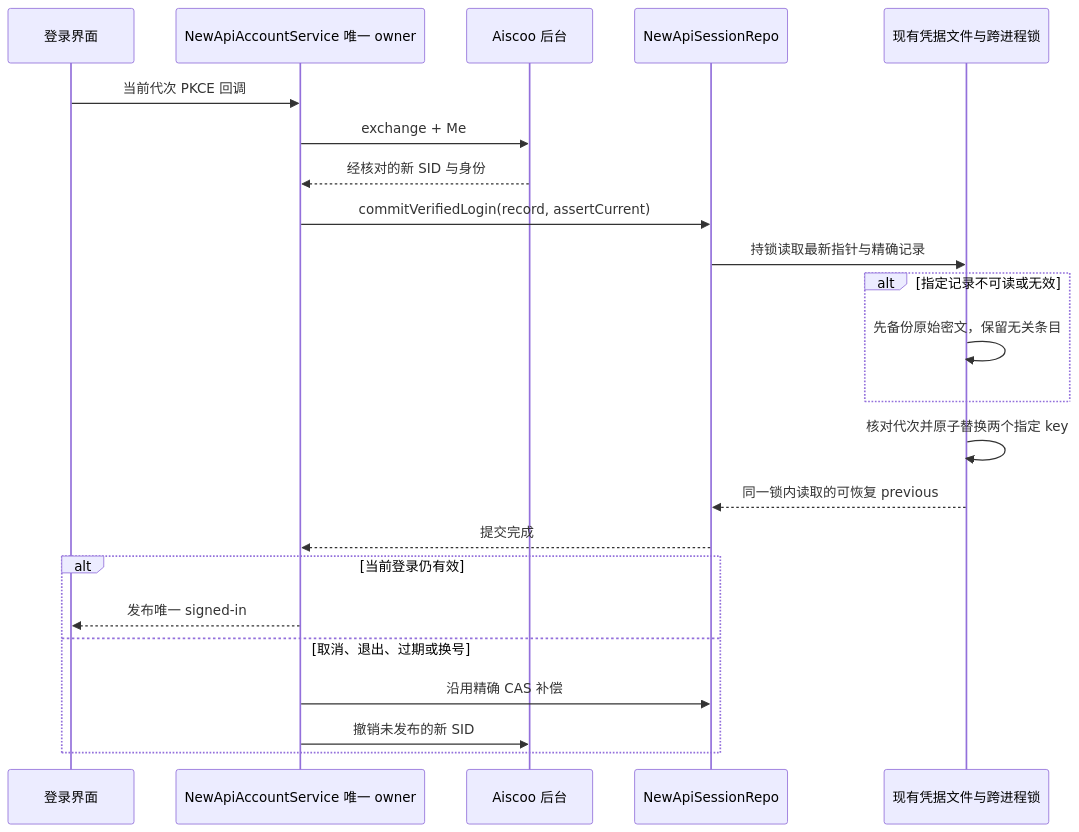
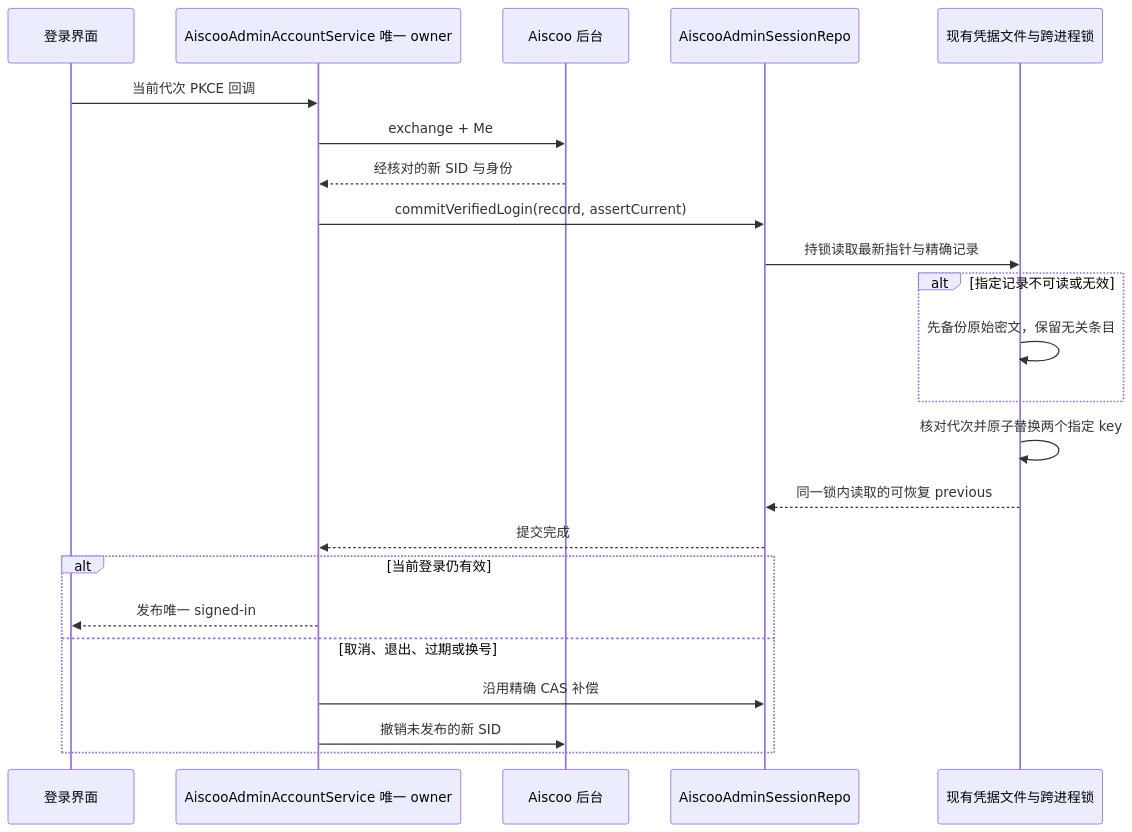
Before and after one commit to 978655242/aiscoo-resource: the second of 5 diagrams in docs/aiscoo/specs/aiscoo-only-login.md, drawn with Mermaid. The commit also changed other lines of this file and 289 other files, not shown here.

First line of the commit message:
refactor(aiscoo): rename New API to aiscoo-admin and drop stray CLI backups (#65)

````diff
--- a/docs/aiscoo/specs/aiscoo-only-login.md
+++ b/docs/aiscoo/specs/aiscoo-only-login.md
@@ -81,25 +81,25 @@
 ```mermaid
 sequenceDiagram
     participant U as 登录界面
-    participant A as NewApiAccountService 唯一 owner
+    participant A as AiscooAdminAccountService 唯一 owner
     participant N as Aiscoo 后台
-    participant R as NewApiSessionRepo
+    participant R as AiscooAdminSessionRepo
     participant F as 现有凭据文件与跨进程锁
     U->>A: 当前代次 PKCE 回调
     A->>N: exchange + Me
     N-->>A: 经核对的新 SID 与身份
     A->>R: commitVerifiedLogin(record, assertCurrent)
     R->>F: 持锁读取最新指针与精确记录
     alt 指定记录不可读或无效
         F->>F: 先备份原始密文，保留无关条目
     end
     F->>F: 核对代次并原子替换两个指定 key
     F-->>R: 同一锁内读取的可恢复 previous
     R-->>A: 提交完成
     alt 当前登录仍有效
         A-->>U: 发布唯一 signed-in
     else 取消、退出、过期或换号
         A->>R: 沿用精确 CAS 补偿
         A->>N: 撤销未发布的新 SID
     end
 ```
````
